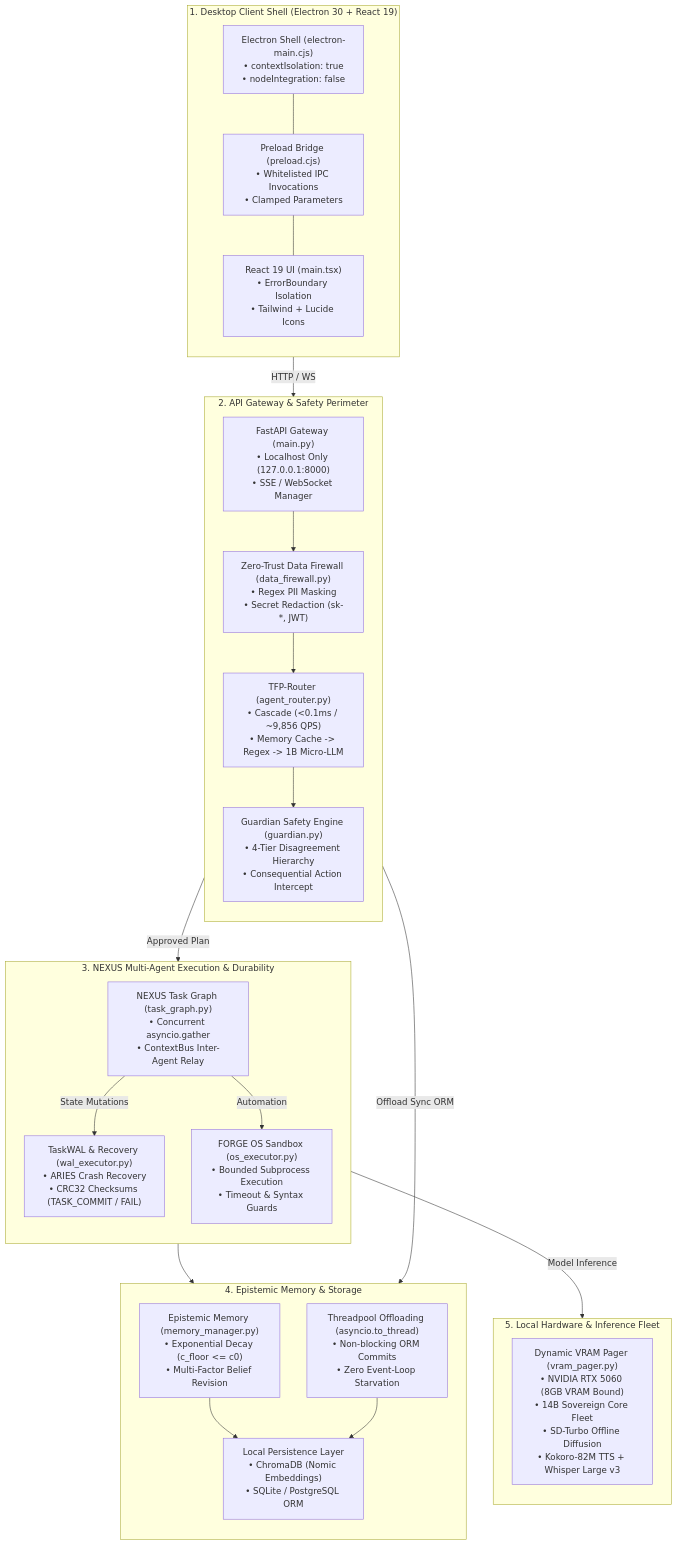
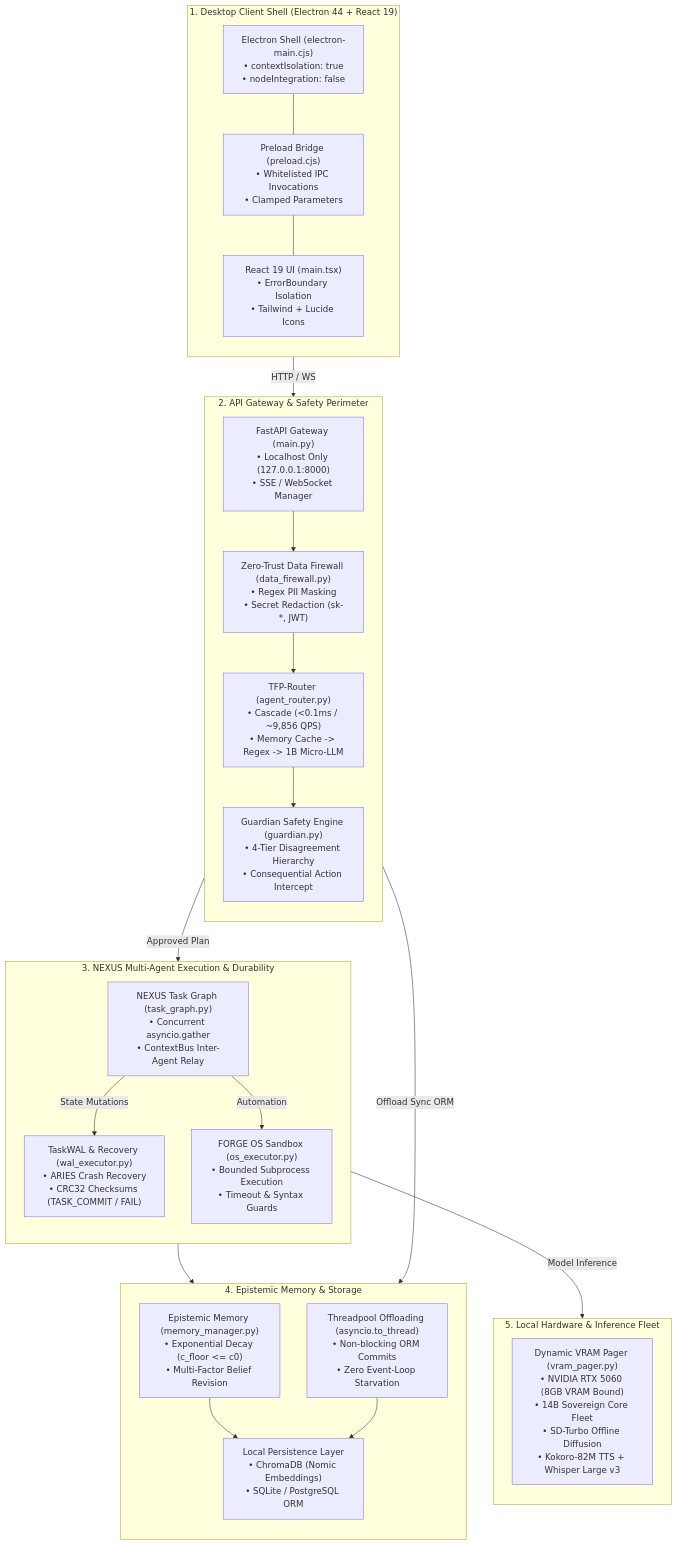
One commit to AkashKundu114/COPPER changed the diagram in docs/architecture/README.md. Above: the diagram before and after it, drawn with Mermaid. The commit also changed 17 other files, not shown here.

````diff
--- a/docs/architecture/README.md
+++ b/docs/architecture/README.md
@@ -34,55 +34,55 @@
 ```mermaid
 flowchart TD
-    subgraph ClientTier["1. Desktop Client Shell (Electron 30 + React 19)"]
+    subgraph ClientTier["1. Desktop Client Shell (Electron 44 + React 19)"]
         direction TB
         Electron["Electron Shell (electron-main.cjs)<br/>• contextIsolation: true<br/>• nodeIntegration: false"]
         Preload["Preload Bridge (preload.cjs)<br/>• Whitelisted IPC Invocations<br/>• Clamped Parameters"]
         ReactUI["React 19 UI (main.tsx)<br/>• ErrorBoundary Isolation<br/>• Tailwind + Lucide Icons"]
         
         Electron --- Preload
         Preload --- ReactUI
     end
 
     subgraph GatewayTier["2. API Gateway & Safety Perimeter"]
         direction TB
         FastAPI["FastAPI Gateway (main.py)<br/>• Localhost Only (127.0.0.1:8000)<br/>• SSE / WebSocket Manager"]
         Firewall["Zero-Trust Data Firewall (data_firewall.py)<br/>• Regex PII Masking<br/>• Secret Redaction (sk-*, JWT)"]
         Router["TFP-Router (agent_router.py)<br/>• Cascade (<0.1ms / ~9,856 QPS)<br/>• Memory Cache -> Regex -> 1B Micro-LLM"]
         Guardian["Guardian Safety Engine (guardian.py)<br/>• 4-Tier Disagreement Hierarchy<br/>• Consequential Action Intercept"]
         
         ReactUI -- HTTP / WS --> FastAPI
         FastAPI --> Firewall
         Firewall --> Router
         Router --> Guardian
     end
 
     subgraph ExecutionTier["3. NEXUS Multi-Agent Execution & Durability"]
         direction TB
         DAG["NEXUS Task Graph (task_graph.py)<br/>• Concurrent asyncio.gather<br/>• ContextBus Inter-Agent Relay"]
         WAL["TaskWAL & Recovery (wal_executor.py)<br/>• ARIES Crash Recovery<br/>• CRC32 Checksums (TASK_COMMIT / FAIL)"]
         Sandbox["FORGE OS Sandbox (os_executor.py)<br/>• Bounded Subprocess Execution<br/>• Timeout & Syntax Guards"]
         
         Guardian -- Approved Plan --> DAG
         DAG -- State Mutations --> WAL
         DAG -- Automation --> Sandbox
     end
 
     subgraph MemoryTier["4. Epistemic Memory & Storage"]
         direction TB
         Memory["Epistemic Memory (memory_manager.py)<br/>• Exponential Decay (c_floor <= c0)<br/>• Multi-Factor Belief Revision"]
         VectorDB["Local Persistence Layer<br/>• ChromaDB (Nomic Embeddings)<br/>• SQLite / PostgreSQL ORM"]
         Workers["Threadpool Offloading (asyncio.to_thread)<br/>• Non-blocking ORM Commits<br/>• Zero Event-Loop Starvation"]
         
         DAG --> Memory
         Memory --> VectorDB
         FastAPI -- Offload Sync ORM --> Workers
         Workers --> VectorDB
     end
 
     subgraph HardwareTier["5. Local Hardware & Inference Fleet"]
         direction TB
         VRAM["Dynamic VRAM Pager (vram_pager.py)<br/>• NVIDIA RTX 5060 (8GB VRAM Bound)<br/>• 14B Sovereign Core Fleet<br/>• SD-Turbo Offline Diffusion<br/>• Kokoro-82M TTS + Whisper Large v3"]
         
         DAG -- Model Inference --> VRAM
     end
 ```
````
